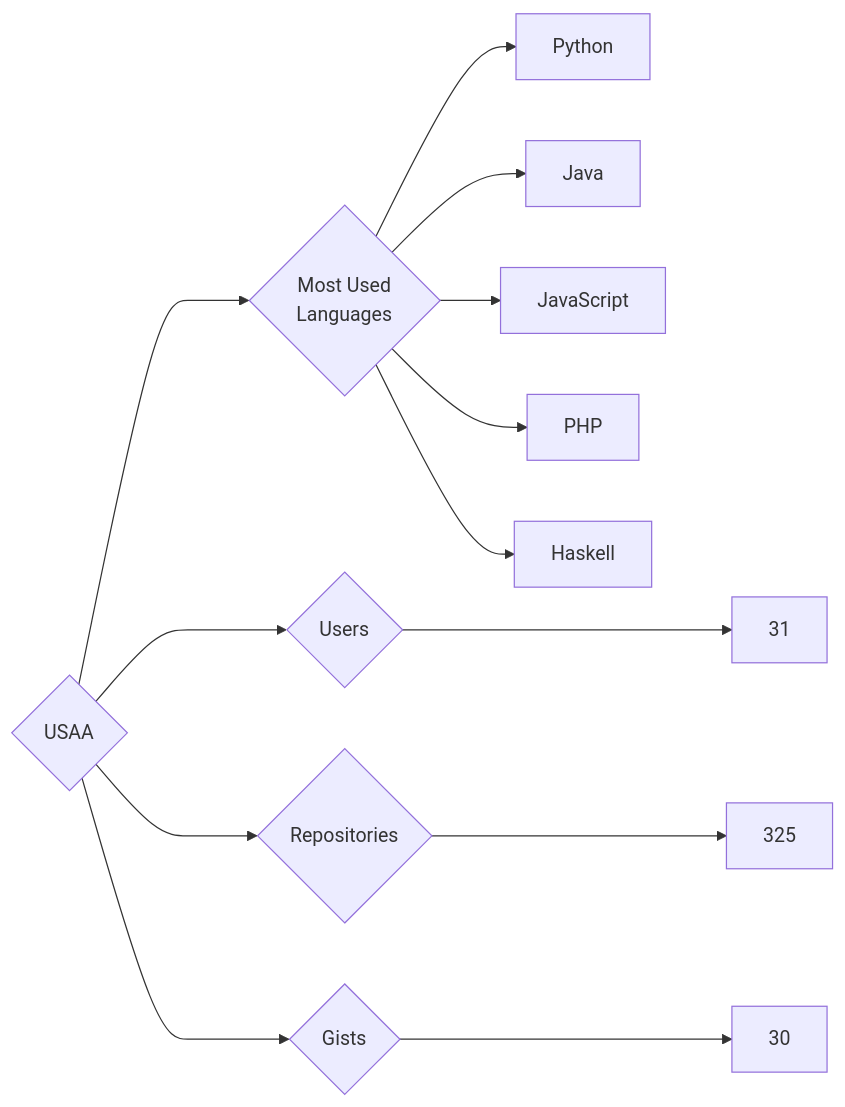
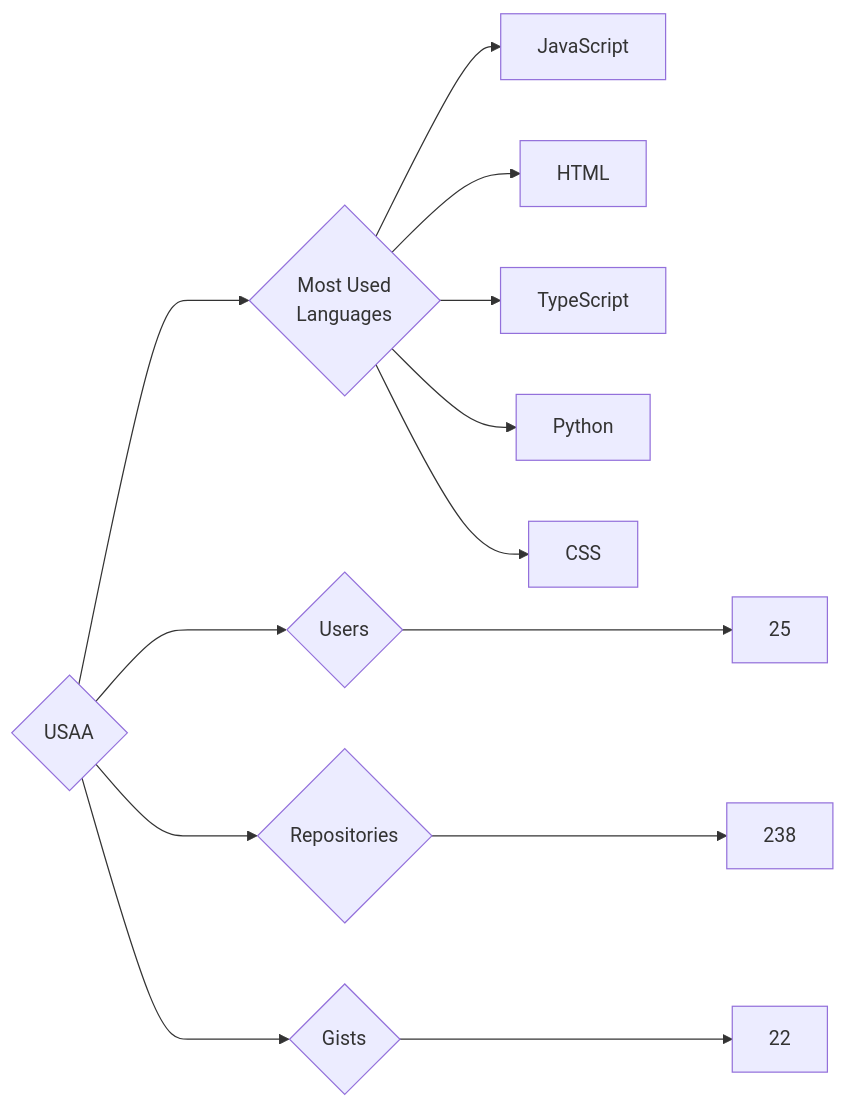
One commit to trickest/insiders changed the diagram in targets/USAA/README.md. Above: the diagram before and after it, drawn with Mermaid. The commit also changed 695 other files, not shown here.

````diff
--- a/targets/USAA/README.md
+++ b/targets/USAA/README.md
@@ -3,13 +3,13 @@
 ```mermaid
 graph LR
 COMPANY_NAME{USAA}
-COMPANY_NAME ---> U{Users} ---> UN[31]
-COMPANY_NAME ---> R{Repositories} ---> RN[325]
-COMPANY_NAME ---> G{Gists} ---> GN[30]
+COMPANY_NAME ---> U{Users} ---> UN[25]
+COMPANY_NAME ---> R{Repositories} ---> RN[238]
+COMPANY_NAME ---> G{Gists} ---> GN[22]
 COMPANY_NAME ---> ML{Most Used<br>Languages}
+ML --> JavaScript[JavaScript]
+ML --> HTML[HTML]
+ML --> TypeScript[TypeScript]
 ML --> Python[Python]
-ML --> Java[Java]
-ML --> JavaScript[JavaScript]
-ML --> PHP[PHP]
-ML --> Haskell[Haskell]
+ML --> CSS[CSS]
 ```
````
